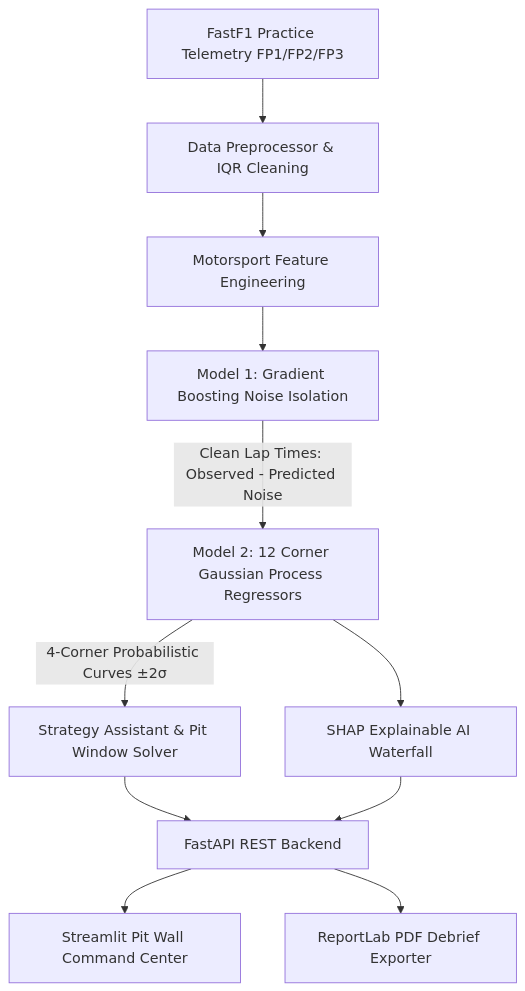
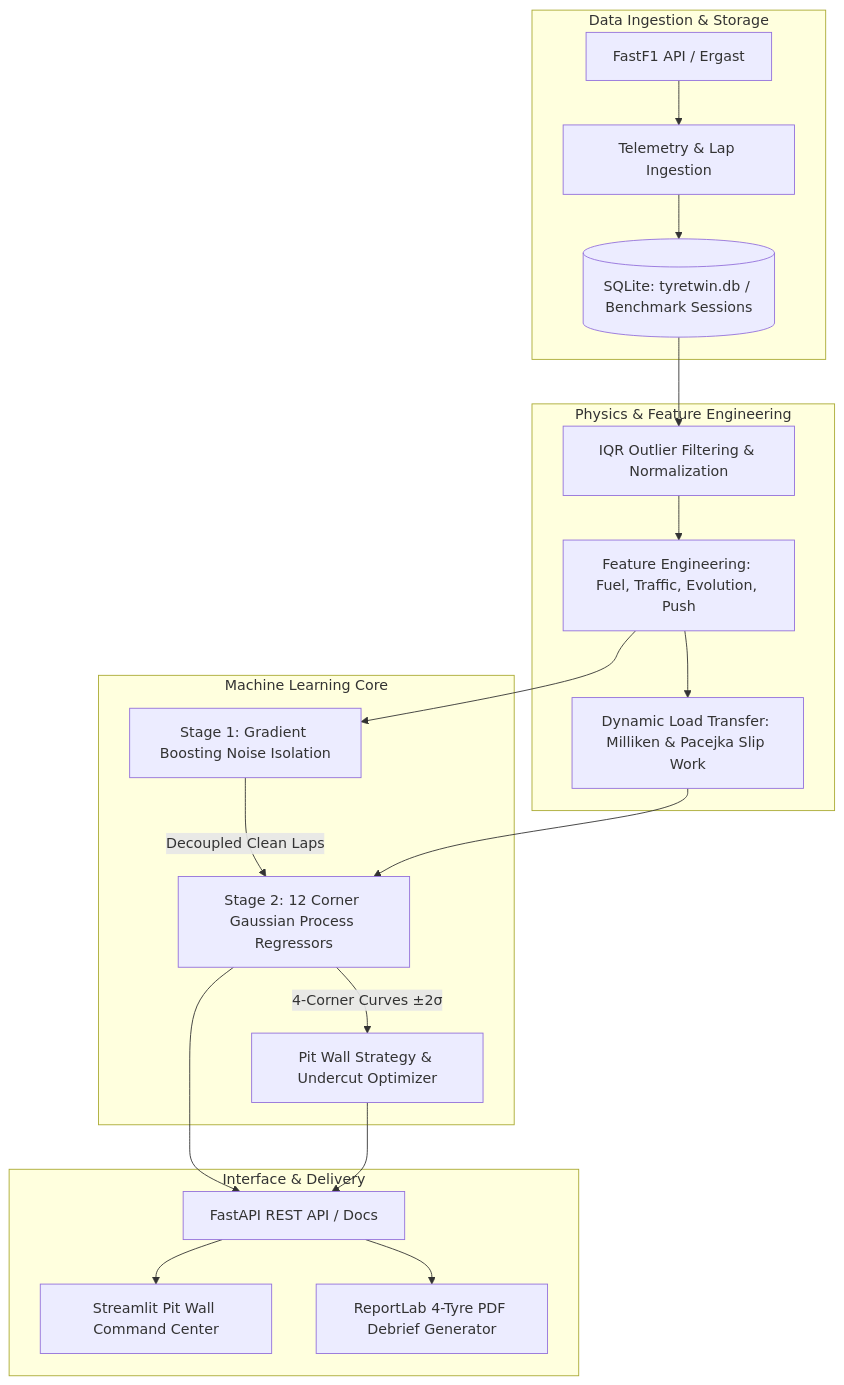
Before and after one commit to jagmeet-singhh/TyreTwin: the diagram in README.md, drawn with Mermaid. The commit also changed other lines of this file, not shown here.

Commit message:
docs: comprehensively update README with 4-corner ML models, engineering debrief, physics architecture, and zero emojis

````diff
--- a/README.md
+++ b/README.md
@@ -30,13 +53,26 @@
 ```mermaid
-graph TD
-    A[FastF1 Practice Telemetry FP1/FP2/FP3] --> B[Data Preprocessor & IQR Cleaning]
-    B --> C[Motorsport Feature Engineering]
-    C --> D[Model 1: Gradient Boosting Noise Isolation]
-    D -->|Clean Lap Times: Observed - Predicted Noise| E[Model 2: 12 Corner Gaussian Process Regressors]
-    E -->|4-Corner Probabilistic Curves ±2σ| F[Strategy Assistant & Pit Window Solver]
-    E --> G[SHAP Explainable AI Waterfall]
-    F --> H[FastAPI REST Backend]
-    G --> H
-    H --> I[Streamlit Pit Wall Command Center]
-    H --> J[ReportLab PDF Debrief Exporter]
+flowchart TD
+    subgraph Data Ingestion & Storage
+        A[FastF1 API / Ergast] --> B[Telemetry & Lap Ingestion]
+        B --> C[(SQLite: tyretwin.db / Benchmark Sessions)]
+    end
+
+    subgraph Physics & Feature Engineering
+        C --> D[IQR Outlier Filtering & Normalization]
+        D --> E[Feature Engineering: Fuel, Traffic, Evolution, Push]
+        E --> F[Dynamic Load Transfer: Milliken & Pacejka Slip Work]
+    end
+
+    subgraph Machine Learning Core
+        E --> G[Stage 1: Gradient Boosting Noise Isolation]
+        G -->|Decoupled Clean Laps| H[Stage 2: 12 Corner Gaussian Process Regressors]
+        F --> H
+        H -->|4-Corner Curves ±2σ| I[Pit Wall Strategy & Undercut Optimizer]
+    end
+
+    subgraph Interface & Delivery
+        H & I --> J[FastAPI REST API / Docs]
+        J --> K[Streamlit Pit Wall Command Center]
+        J --> L[ReportLab 4-Tyre PDF Debrief Generator]
+    end
 ```
````
